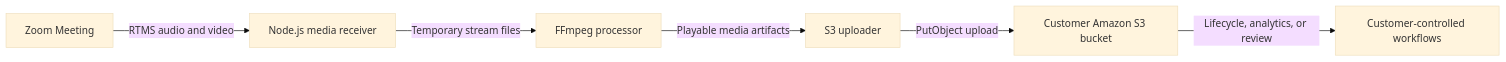
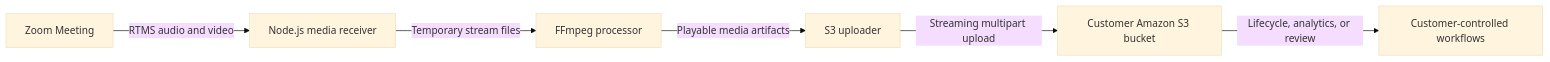
One commit to zoom/blueprints changed the diagram in blueprints/archive-meeting-media-to-s3/architecture.mmd. Above: the diagram before and after it, drawn with Mermaid (base theme). The commit also changed 1 other file, not shown here.

```diff
--- a/blueprints/archive-meeting-media-to-s3/architecture.mmd
+++ b/blueprints/archive-meeting-media-to-s3/architecture.mmd
@@ -1,6 +1,6 @@
 flowchart LR
     A[Zoom Meeting] -->|RTMS audio and video| B[Node.js media receiver]
     B -->|Temporary stream files| C[FFmpeg processor]
     C -->|Playable media artifacts| D[S3 uploader]
-    D -->|PutObject upload| E[Customer Amazon S3 bucket]
+    D -->|Streaming multipart upload| E[Customer Amazon S3 bucket]
     E -->|Lifecycle, analytics, or review| F[Customer-controlled workflows]
```
